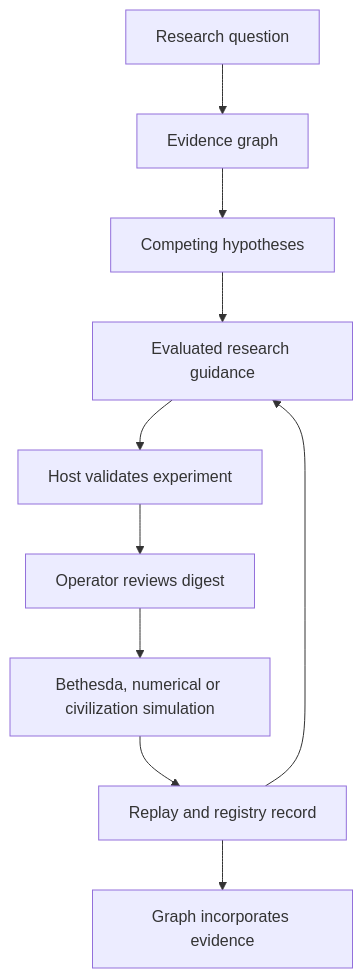
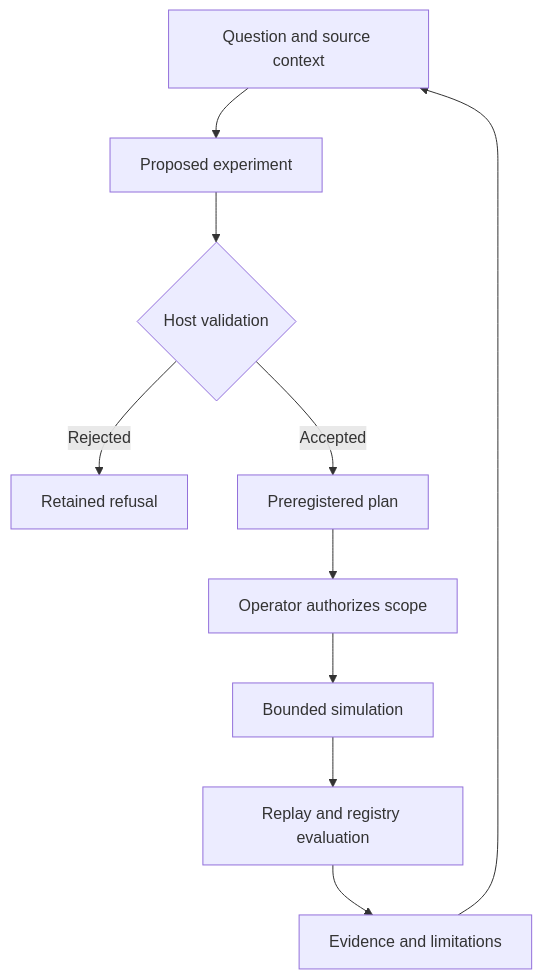
Before and after one commit to topherchris420/lop-nur-twin: the diagram in README.md, drawn with Mermaid. The commit also changed other lines of this file, not shown here.

Commit message:
docs: clarify R.A.I.N. Lab onboarding, experiment backends, and evidence

````diff
--- a/README.md
+++ b/README.md
@@ -76,12 +205,12 @@
 ```mermaid
 flowchart TD
-  Q[Research question] --> K[Evidence graph]
-  K --> H[Competing hypotheses]
-  H --> L[Evaluated research guidance]
-  L --> C[Host validates experiment]
-  C --> A[Operator reviews digest]
-  A --> X[Bethesda, numerical or civilization simulation]
-  X --> R[Replay and registry record]
-  R --> G[Graph incorporates evidence]
-  R --> L
+  Q["Question and source context"] --> D["Proposed experiment"]
+  D --> V{"Host validation"}
+  V -->|Rejected| J["Retained refusal"]
+  V -->|Accepted| P["Preregistered plan"]
+  P --> A["Operator authorizes scope"]
+  A --> X["Bounded simulation"]
+  X --> R["Replay and registry evaluation"]
+  R --> E["Evidence and limitations"]
+  E --> Q
 ```
````
